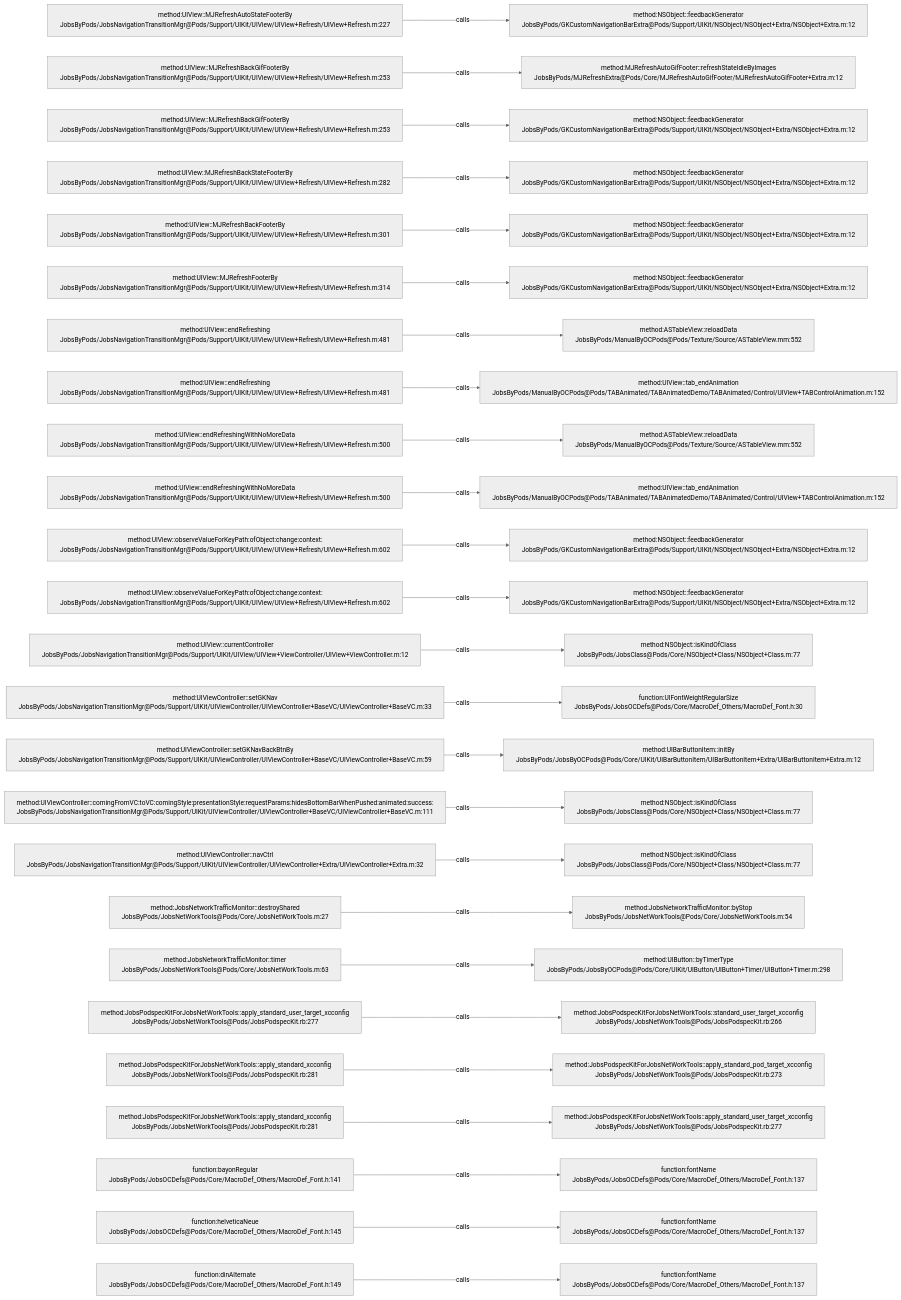
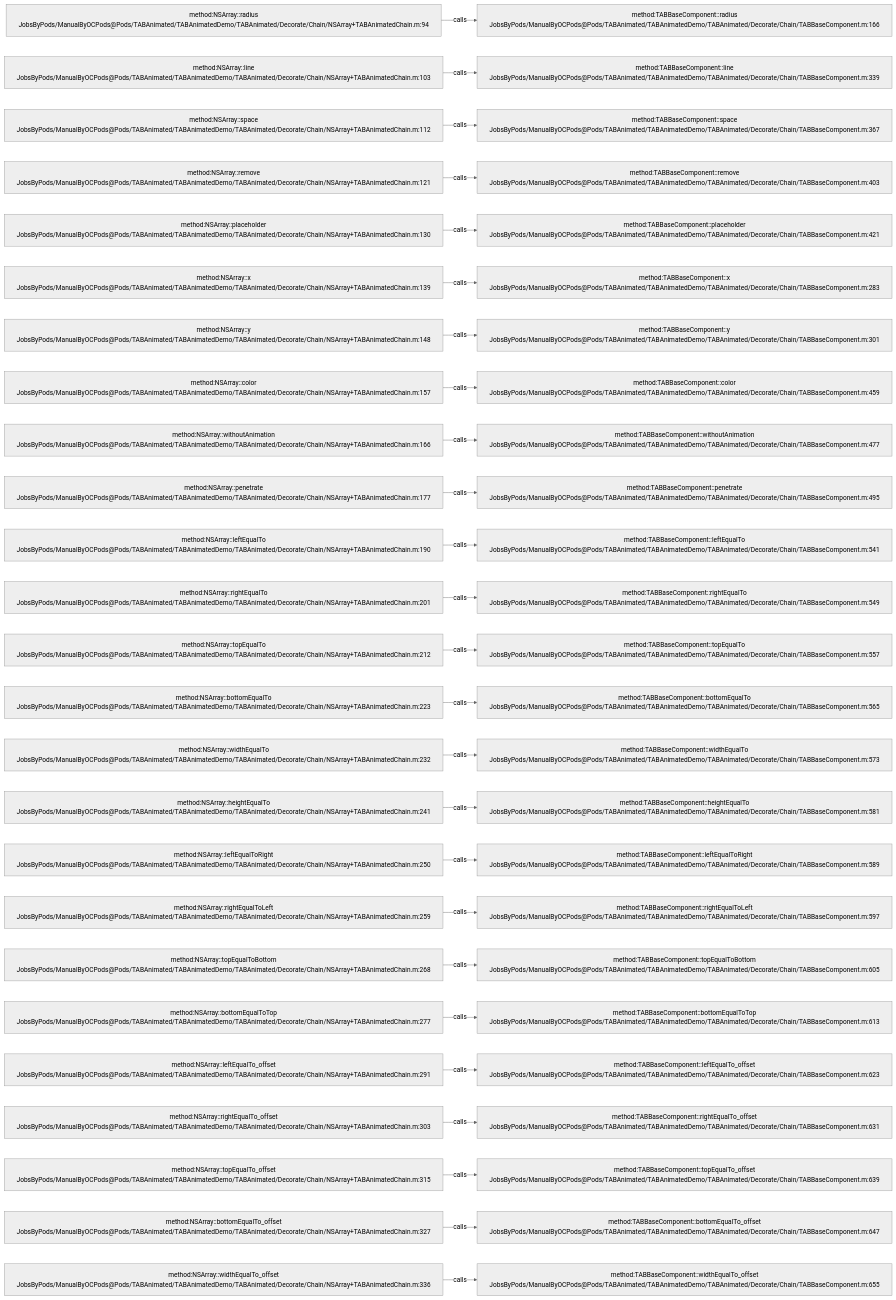
Before and after one commit to JobsKits/JobsOCBaseConfigDemo: the diagram in .codegraph/codegraph.md/graphs/calls-136.md, drawn with Mermaid (neutral theme). The commit also changed 573 other files, not shown here.

````diff
--- a/.codegraph/codegraph.md/graphs/calls-136.md
+++ b/.codegraph/codegraph.md/graphs/calls-136.md
@@ -13,78 +13,78 @@
 ```mermaid
 flowchart LR
-  S1["method:UIView::MJRefreshAutoStateFooterBy<br/>JobsByPods/JobsNavigationTransitionMgr@Pods/Support/UIKit/UIView/UIView+Refresh/UIView+Refresh.m:227"]
-  T1["method:NSObject::feedbackGenerator<br/>JobsByPods/GKCustomNavigationBarExtra@Pods/Support/UIKit/NSObject/NSObject+Extra/NSObject+Extra.m:12"]
+  S1["method:NSArray::radius<br/>JobsByPods/ManualByOCPods@Pods/TABAnimated/TABAnimatedDemo/TABAnimated/Decorate/Chain/NSArray+TABAnimatedChain.m:94"]
+  T1["method:TABBaseComponent::radius<br/>JobsByPods/ManualByOCPods@Pods/TABAnimated/TABAnimatedDemo/TABAnimated/Decorate/Chain/TABBaseComponent.m:166"]
   S1 -->|calls| T1
-  S2["method:UIView::MJRefreshBackGifFooterBy<br/>JobsByPods/JobsNavigationTransitionMgr@Pods/Support/UIKit/UIView/UIView+Refresh/UIView+Refresh.m:253"]
-  T2["method:MJRefreshAutoGifFooter::refreshStateIdleByImages<br/>JobsByPods/MJRefreshExtra@Pods/Core/MJRefreshAutoGifFooter/MJRefreshAutoGifFooter+Extra.m:12"]
+  S2["method:NSArray::line<br/>JobsByPods/ManualByOCPods@Pods/TABAnimated/TABAnimatedDemo/TABAnimated/Decorate/Chain/NSArray+TABAnimatedChain.m:103"]
+  T2["method:TABBaseComponent::line<br/>JobsByPods/ManualByOCPods@Pods/TABAnimated/TABAnimatedDemo/TABAnimated/Decorate/Chain/TABBaseComponent.m:339"]
   S2 -->|calls| T2
-  S3["method:UIView::MJRefreshBackGifFooterBy<br/>JobsByPods/JobsNavigationTransitionMgr@Pods/Support/UIKit/UIView/UIView+Refresh/UIView+Refresh.m:253"]
-  T3["method:NSObject::feedbackGenerator<br/>JobsByPods/GKCustomNavigationBarExtra@Pods/Support/UIKit/NSObject/NSObject+Extra/NSObject+Extra.m:12"]
+  S3["method:NSArray::space<br/>JobsByPods/ManualByOCPods@Pods/TABAnimated/TABAnimatedDemo/TABAnimated/Decorate/Chain/NSArray+TABAnimatedChain.m:112"]
+  T3["method:TABBaseComponent::space<br/>JobsByPods/ManualByOCPods@Pods/TABAnimated/TABAnimatedDemo/TABAnimated/Decorate/Chain/TABBaseComponent.m:367"]
   S3 -->|calls| T3
-  S4["method:UIView::MJRefreshBackStateFooterBy<br/>JobsByPods/JobsNavigationTransitionMgr@Pods/Support/UIKit/UIView/UIView+Refresh/UIView+Refresh.m:282"]
-  T4["method:NSObject::feedbackGenerator<br/>JobsByPods/GKCustomNavigationBarExtra@Pods/Support/UIKit/NSObject/NSObject+Extra/NSObject+Extra.m:12"]
+  S4["method:NSArray::remove<br/>JobsByPods/ManualByOCPods@Pods/TABAnimated/TABAnimatedDemo/TABAnimated/Decorate/Chain/NSArray+TABAnimatedChain.m:121"]
+  T4["method:TABBaseComponent::remove<br/>JobsByPods/ManualByOCPods@Pods/TABAnimated/TABAnimatedDemo/TABAnimated/Decorate/Chain/TABBaseComponent.m:403"]
   S4 -->|calls| T4
-  S5["method:UIView::MJRefreshBackFooterBy<br/>JobsByPods/JobsNavigationTransitionMgr@Pods/Support/UIKit/UIView/UIView+Refresh/UIView+Refresh.m:301"]
-  T5["method:NSObject::feedbackGenerator<br/>JobsByPods/GKCustomNavigationBarExtra@Pods/Support/UIKit/NSObject/NSObject+Extra/NSObject+Extra.m:12"]
+  S5["method:NSArray::placeholder<br/>JobsByPods/ManualByOCPods@Pods/TABAnimated/TABAnimatedDemo/TABAnimated/Decorate/Chain/NSArray+TABAnimatedChain.m:130"]
+  T5["method:TABBaseComponent::placeholder<br/>JobsByPods/ManualByOCPods@Pods/TABAnimated/TABAnimatedDemo/TABAnimated/Decorate/Chain/TABBaseComponent.m:421"]
   S5 -->|calls| T5
-  S6["method:UIView::MJRefreshFooterBy<br/>JobsByPods/JobsNavigationTransitionMgr@Pods/Support/UIKit/UIView/UIView+Refresh/UIView+Refresh.m:314"]
-  T6["method:NSObject::feedbackGenerator<br/>JobsByPods/GKCustomNavigationBarExtra@Pods/Support/UIKit/NSObject/NSObject+Extra/NSObject+Extra.m:12"]
+  S6["method:NSArray::x<br/>JobsByPods/ManualByOCPods@Pods/TABAnimated/TABAnimatedDemo/TABAnimated/Decorate/Chain/NSArray+TABAnimatedChain.m:139"]
+  T6["method:TABBaseComponent::x<br/>JobsByPods/ManualByOCPods@Pods/TABAnimated/TABAnimatedDemo/TABAnimated/Decorate/Chain/TABBaseComponent.m:283"]
   S6 -->|calls| T6
-  S7["method:UIView::endRefreshing<br/>JobsByPods/JobsNavigationTransitionMgr@Pods/Support/UIKit/UIView/UIView+Refresh/UIView+Refresh.m:481"]
-  T7["method:ASTableView::reloadData<br/>JobsByPods/ManualByOCPods@Pods/Texture/Source/ASTableView.mm:552"]
+  S7["method:NSArray::y<br/>JobsByPods/ManualByOCPods@Pods/TABAnimated/TABAnimatedDemo/TABAnimated/Decorate/Chain/NSArray+TABAnimatedChain.m:148"]
+  T7["method:TABBaseComponent::y<br/>JobsByPods/ManualByOCPods@Pods/TABAnimated/TABAnimatedDemo/TABAnimated/Decorate/Chain/TABBaseComponent.m:301"]
   S7 -->|calls| T7
-  S8["method:UIView::endRefreshing<br/>JobsByPods/JobsNavigationTransitionMgr@Pods/Support/UIKit/UIView/UIView+Refresh/UIView+Refresh.m:481"]
-  T8["method:UIView::tab_endAnimation<br/>JobsByPods/ManualByOCPods@Pods/TABAnimated/TABAnimatedDemo/TABAnimated/Control/UIView+TABControlAnimation.m:152"]
+  S8["method:NSArray::color<br/>JobsByPods/ManualByOCPods@Pods/TABAnimated/TABAnimatedDemo/TABAnimated/Decorate/Chain/NSArray+TABAnimatedChain.m:157"]
+  T8["method:TABBaseComponent::color<br/>JobsByPods/ManualByOCPods@Pods/TABAnimated/TABAnimatedDemo/TABAnimated/Decorate/Chain/TABBaseComponent.m:459"]
   S8 -->|calls| T8
-  S9["method:UIView::endRefreshingWithNoMoreData<br/>JobsByPods/JobsNavigationTransitionMgr@Pods/Support/UIKit/UIView/UIView+Refresh/UIView+Refresh.m:500"]
-  T9["method:ASTableView::reloadData<br/>JobsByPods/ManualByOCPods@Pods/Texture/Source/ASTableView.mm:552"]
+  S9["method:NSArray::withoutAnimation<br/>JobsByPods/ManualByOCPods@Pods/TABAnimated/TABAnimatedDemo/TABAnimated/Decorate/Chain/NSArray+TABAnimatedChain.m:166"]
+  T9["method:TABBaseComponent::withoutAnimation<br/>JobsByPods/ManualByOCPods@Pods/TABAnimated/TABAnimatedDemo/TABAnimated/Decorate/Chain/TABBaseComponent.m:477"]
   S9 -->|calls| T9
-  S10["method:UIView::endRefreshingWithNoMoreData<br/>JobsByPods/JobsNavigationTransitionMgr@Pods/Support/UIKit/UIView/UIView+Refresh/UIView+Refresh.m:500"]
-  T10["method:UIView::tab_endAnimation<br/>JobsByPods/ManualByOCPods@Pods/TABAnimated/TABAnimatedDemo/TABAnimated/Control/UIView+TABControlAnimation.m:152"]
+  S10["method:NSArray::penetrate<br/>JobsByPods/ManualByOCPods@Pods/TABAnimated/TABAnimatedDemo/TABAnimated/Decorate/Chain/NSArray+TABAnimatedChain.m:177"]
+  T10["method:TABBaseComponent::penetrate<br/>JobsByPods/ManualByOCPods@Pods/TABAnimated/TABAnimatedDemo/TABAnimated/Decorate/Chain/TABBaseComponent.m:495"]
   S10 -->|calls| T10
-  S11["method:UIView::observeValueForKeyPath:ofObject:change:context:<br/>JobsByPods/JobsNavigationTransitionMgr@Pods/Support/UIKit/UIView/UIView+Refresh/UIView+Refresh.m:602"]
-  T11["method:NSObject::feedbackGenerator<br/>JobsByPods/GKCustomNavigationBarExtra@Pods/Support/UIKit/NSObject/NSObject+Extra/NSObject+Extra.m:12"]
+  S11["method:NSArray::leftEqualTo<br/>JobsByPods/ManualByOCPods@Pods/TABAnimated/TABAnimatedDemo/TABAnimated/Decorate/Chain/NSArray+TABAnimatedChain.m:190"]
+  T11["method:TABBaseComponent::leftEqualTo<br/>JobsByPods/ManualByOCPods@Pods/TABAnimated/TABAnimatedDemo/TABAnimated/Decorate/Chain/TABBaseComponent.m:541"]
   S11 -->|calls| T11
-  S12["method:UIView::observeValueForKeyPath:ofObject:change:context:<br/>JobsByPods/JobsNavigationTransitionMgr@Pods/Support/UIKit/UIView/UIView+Refresh/UIView+Refresh.m:602"]
-  T12["method:NSObject::feedbackGenerator<br/>JobsByPods/GKCustomNavigationBarExtra@Pods/Support/UIKit/NSObject/NSObject+Extra/NSObject+Extra.m:12"]
+  S12["method:NSArray::rightEqualTo<br/>JobsByPods/ManualByOCPods@Pods/TABAnimated/TABAnimatedDemo/TABAnimated/Decorate/Chain/NSArray+TABAnimatedChain.m:201"]
+  T12["method:TABBaseComponent::rightEqualTo<br/>JobsByPods/ManualByOCPods@Pods/TABAnimated/TABAnimatedDemo/TABAnimated/Decorate/Chain/TABBaseComponent.m:549"]
   S12 -->|calls| T12
-  S13["method:UIView::currentController<br/>JobsByPods/JobsNavigationTransitionMgr@Pods/Support/UIKit/UIView/UIView+ViewController/UIView+ViewController.m:12"]
-  T13["method:NSObject::isKindOfClass<br/>JobsByPods/JobsClass@Pods/Core/NSObject+Class/NSObject+Class.m:77"]
+  S13["method:NSArray::topEqualTo<br/>JobsByPods/ManualByOCPods@Pods/TABAnimated/TABAnimatedDemo/TABAnimated/Decorate/Chain/NSArray+TABAnimatedChain.m:212"]
+  T13["method:TABBaseComponent::topEqualTo<br/>JobsByPods/ManualByOCPods@Pods/TABAnimated/TABAnimatedDemo/TABAnimated/Decorate/Chain/TABBaseComponent.m:557"]
   S13 -->|calls| T13
-  S14["method:UIViewController::setGKNav<br/>JobsByPods/JobsNavigationTransitionMgr@Pods/Support/UIKit/UIViewController/UIViewController+BaseVC/UIViewController+BaseVC.m:33"]
-  T14["function:UIFontWeightRegularSize<br/>JobsByPods/JobsOCDefs@Pods/Core/MacroDef_Others/MacroDef_Font.h:30"]
+  S14["method:NSArray::bottomEqualTo<br/>JobsByPods/ManualByOCPods@Pods/TABAnimated/TABAnimatedDemo/TABAnimated/Decorate/Chain/NSArray+TABAnimatedChain.m:223"]
+  T14["method:TABBaseComponent::bottomEqualTo<br/>JobsByPods/ManualByOCPods@Pods/TABAnimated/TABAnimatedDemo/TABAnimated/Decorate/Chain/TABBaseComponent.m:565"]
   S14 -->|calls| T14
-  S15["method:UIViewController::setGKNavBackBtnBy<br/>JobsByPods/JobsNavigationTransitionMgr@Pods/Support/UIKit/UIViewController/UIViewController+BaseVC/UIViewController+BaseVC.m:59"]
-  T15["method:UIBarButtonItem::initBy<br/>JobsByPods/JobsByOCPods@Pods/Core/UIKit/UIBarButtonItem/UIBarButtonItem+Extra/UIBarButtonItem+Extra.m:12"]
+  S15["method:NSArray::widthEqualTo<br/>JobsByPods/ManualByOCPods@Pods/TABAnimated/TABAnimatedDemo/TABAnimated/Decorate/Chain/NSArray+TABAnimatedChain.m:232"]
+  T15["method:TABBaseComponent::widthEqualTo<br/>JobsByPods/ManualByOCPods@Pods/TABAnimated/TABAnimatedDemo/TABAnimated/Decorate/Chain/TABBaseComponent.m:573"]
   S15 -->|calls| T15
-  S16["method:UIViewController::comingFromVC:toVC:comingStyle:presentationStyle:requestParams:hidesBottomBarWhenPushed:animated:success:<br/>JobsByPods/JobsNavigationTransitionMgr@Pods/Support/UIKit/UIViewController/UIViewController+BaseVC/UIViewController+BaseVC.m:111"]
-  T16["method:NSObject::isKindOfClass<br/>JobsByPods/JobsClass@Pods/Core/NSObject+Class/NSObject+Class.m:77"]
+  S16["method:NSArray::heightEqualTo<br/>JobsByPods/ManualByOCPods@Pods/TABAnimated/TABAnimatedDemo/TABAnimated/Decorate/Chain/NSArray+TABAnimatedChain.m:241"]
+  T16["method:TABBaseComponent::heightEqualTo<br/>JobsByPods/ManualByOCPods@Pods/TABAnimated/TABAnimatedDemo/TABAnimated/Decorate/Chain/TABBaseComponent.m:581"]
   S16 -->|calls| T16
-  S17["method:UIViewController::navCtrl<br/>JobsByPods/JobsNavigationTransitionMgr@Pods/Support/UIKit/UIViewController/UIViewController+Extra/UIViewController+Extra.m:32"]
-  T17["method:NSObject::isKindOfClass<br/>JobsByPods/JobsClass@Pods/Core/NSObject+Class/NSObject+Class.m:77"]
+  S17["method:NSArray::leftEqualToRight<br/>JobsByPods/ManualByOCPods@Pods/TABAnimated/TABAnimatedDemo/TABAnimated/Decorate/Chain/NSArray+TABAnimatedChain.m:250"]
+  T17["method:TABBaseComponent::leftEqualToRight<br/>JobsByPods/ManualByOCPods@Pods/TABAnimated/TABAnimatedDemo/TABAnimated/Decorate/Chain/TABBaseComponent.m:589"]
   S17 -->|calls| T17
-  S18["method:JobsNetworkTrafficMonitor::destroyShared<br/>JobsByPods/JobsNetWorkTools@Pods/Core/JobsNetWorkTools.m:27"]
-  T18["method:JobsNetworkTrafficMonitor::byStop<br/>JobsByPods/JobsNetWorkTools@Pods/Core/JobsNetWorkTools.m:54"]
+  S18["method:NSArray::rightEqualToLeft<br/>JobsByPods/ManualByOCPods@Pods/TABAnimated/TABAnimatedDemo/TABAnimated/Decorate/Chain/NSArray+TABAnimatedChain.m:259"]
+  T18["method:TABBaseComponent::rightEqualToLeft<br/>JobsByPods/ManualByOCPods@Pods/TABAnimated/TABAnimatedDemo/TABAnimated/Decorate/Chain/TABBaseComponent.m:597"]
   S18 -->|calls| T18
-  S19["method:JobsNetworkTrafficMonitor::timer<br/>JobsByPods/JobsNetWorkTools@Pods/Core/JobsNetWorkTools.m:63"]
-  T19["method:UIButton::byTimerType<br/>JobsByPods/JobsByOCPods@Pods/Core/UIKit/UIButton/UIButton+Timer/UIButton+Timer.m:298"]
+  S19["method:NSArray::topEqualToBottom<br/>JobsByPods/ManualByOCPods@Pods/TABAnimated/TABAnimatedDemo/TABAnimated/Decorate/Chain/NSArray+TABAnimatedChain.m:268"]
+  T19["method:TABBaseComponent::topEqualToBottom<br/>JobsByPods/ManualByOCPods@Pods/TABAnimated/TABAnimatedDemo/TABAnimated/Decorate/Chain/TABBaseComponent.m:605"]
   S19 -->|calls| T19
-  S20["method:JobsPodspecKitForJobsNetWorkTools::apply_standard_user_target_xcconfig<br/>JobsByPods/JobsNetWorkTools@Pods/JobsPodspecKit.rb:277"]
-  T20["method:JobsPodspecKitForJobsNetWorkTools::standard_user_target_xcconfig<br/>JobsByPods/JobsNetWorkTools@Pods/JobsPodspecKit.rb:266"]
+  S20["method:NSArray::bottomEqualToTop<br/>JobsByPods/ManualByOCPods@Pods/TABAnimated/TABAnimatedDemo/TABAnimated/Decorate/Chain/NSArray+TABAnimatedChain.m:277"]
+  T20["method:TABBaseComponent::bottomEqualToTop<br/>JobsByPods/ManualByOCPods@Pods/TABAnimated/TABAnimatedDemo/TABAnimated/Decorate/Chain/TABBaseComponent.m:613"]
   S20 -->|calls| T20
-  S21["method:JobsPodspecKitForJobsNetWorkTools::apply_standard_xcconfig<br/>JobsByPods/JobsNetWorkTools@Pods/JobsPodspecKit.rb:281"]
-  T21["method:JobsPodspecKitForJobsNetWorkTools::apply_standard_pod_target_xcconfig<br/>JobsByPods/JobsNetWorkTools@Pods/JobsPodspecKit.rb:273"]
+  S21["method:NSArray::leftEqualTo_offset<br/>JobsByPods/ManualByOCPods@Pods/TABAnimated/TABAnimatedDemo/TABAnimated/Decorate/Chain/NSArray+TABAnimatedChain.m:291"]
+  T21["method:TABBaseComponent::leftEqualTo_offset<br/>JobsByPods/ManualByOCPods@Pods/TABAnimated/TABAnimatedDemo/TABAnimated/Decorate/Chain/TABBaseComponent.m:623"]
   S21 -->|calls| T21
-  S22["method:JobsPodspecKitForJobsNetWorkTools::apply_standard_xcconfig<br/>JobsByPods/JobsNetWorkTools@Pods/JobsPodspecKit.rb:281"]
-  T22["method:JobsPodspecKitForJobsNetWorkTools::apply_standard_user_target_xcconfig<br/>JobsByPods/JobsNetWorkTools@Pods/JobsPodspecKit.rb:277"]
+  S22["method:NSArray::rightEqualTo_offset<br/>JobsByPods/ManualByOCPods@Pods/TABAnimated/TABAnimatedDemo/TABAnimated/Decorate/Chain/NSArray+TABAnimatedChain.m:303"]
+  T22["method:TABBaseComponent::rightEqualTo_offset<br/>JobsByPods/ManualByOCPods@Pods/TABAnimated/TABAnimatedDemo/TABAnimated/Decorate/Chain/TABBaseComponent.m:631"]
   S22 -->|calls| T22
-  S23["function:bayonRegular<br/>JobsByPods/JobsOCDefs@Pods/Core/MacroDef_Others/MacroDef_Font.h:141"]
-  T23["function:fontName<br/>JobsByPods/JobsOCDefs@Pods/Core/MacroDef_Others/MacroDef_Font.h:137"]
+  S23["method:NSArray::topEqualTo_offset<br/>JobsByPods/ManualByOCPods@Pods/TABAnimated/TABAnimatedDemo/TABAnimated/Decorate/Chain/NSArray+TABAnimatedChain.m:315"]
+  T23["method:TABBaseComponent::topEqualTo_offset<br/>JobsByPods/ManualByOCPods@Pods/TABAnimated/TABAnimatedDemo/TABAnimated/Decorate/Chain/TABBaseComponent.m:639"]
   S23 -->|calls| T23
-  S24["function:helveticaNeue<br/>JobsByPods/JobsOCDefs@Pods/Core/MacroDef_Others/MacroDef_Font.h:145"]
-  T24["function:fontName<br/>JobsByPods/JobsOCDefs@Pods/Core/MacroDef_Others/MacroDef_Font.h:137"]
+  S24["method:NSArray::bottomEqualTo_offset<br/>JobsByPods/ManualByOCPods@Pods/TABAnimated/TABAnimatedDemo/TABAnimated/Decorate/Chain/NSArray+TABAnimatedChain.m:327"]
+  T24["method:TABBaseComponent::bottomEqualTo_offset<br/>JobsByPods/ManualByOCPods@Pods/TABAnimated/TABAnimatedDemo/TABAnimated/Decorate/Chain/TABBaseComponent.m:647"]
   S24 -->|calls| T24
-  S25["function:dinAlternate<br/>JobsByPods/JobsOCDefs@Pods/Core/MacroDef_Others/MacroDef_Font.h:149"]
-  T25["function:fontName<br/>JobsByPods/JobsOCDefs@Pods/Core/MacroDef_Others/MacroDef_Font.h:137"]
+  S25["method:NSArray::widthEqualTo_offset<br/>JobsByPods/ManualByOCPods@Pods/TABAnimated/TABAnimatedDemo/TABAnimated/Decorate/Chain/NSArray+TABAnimatedChain.m:336"]
+  T25["method:TABBaseComponent::widthEqualTo_offset<br/>JobsByPods/ManualByOCPods@Pods/TABAnimated/TABAnimatedDemo/TABAnimated/Decorate/Chain/TABBaseComponent.m:655"]
   S25 -->|calls| T25
 ```
````
